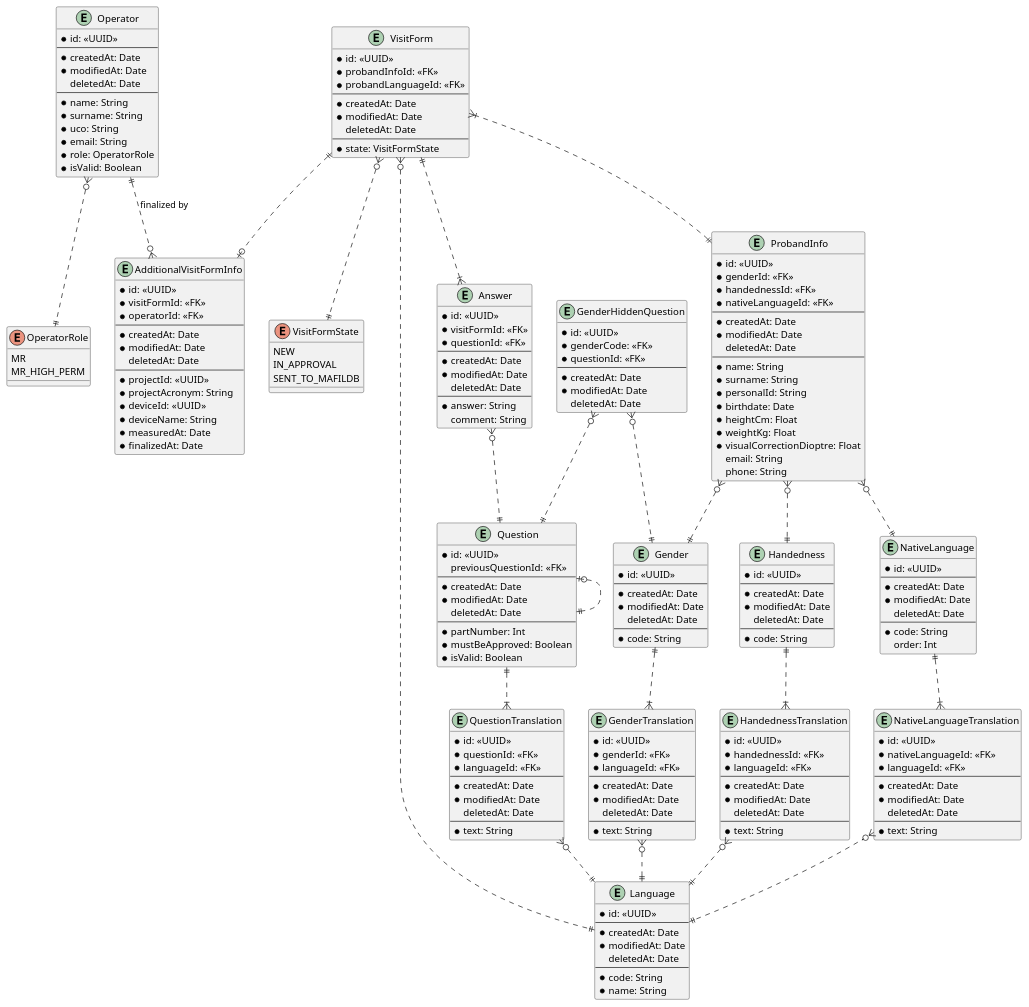
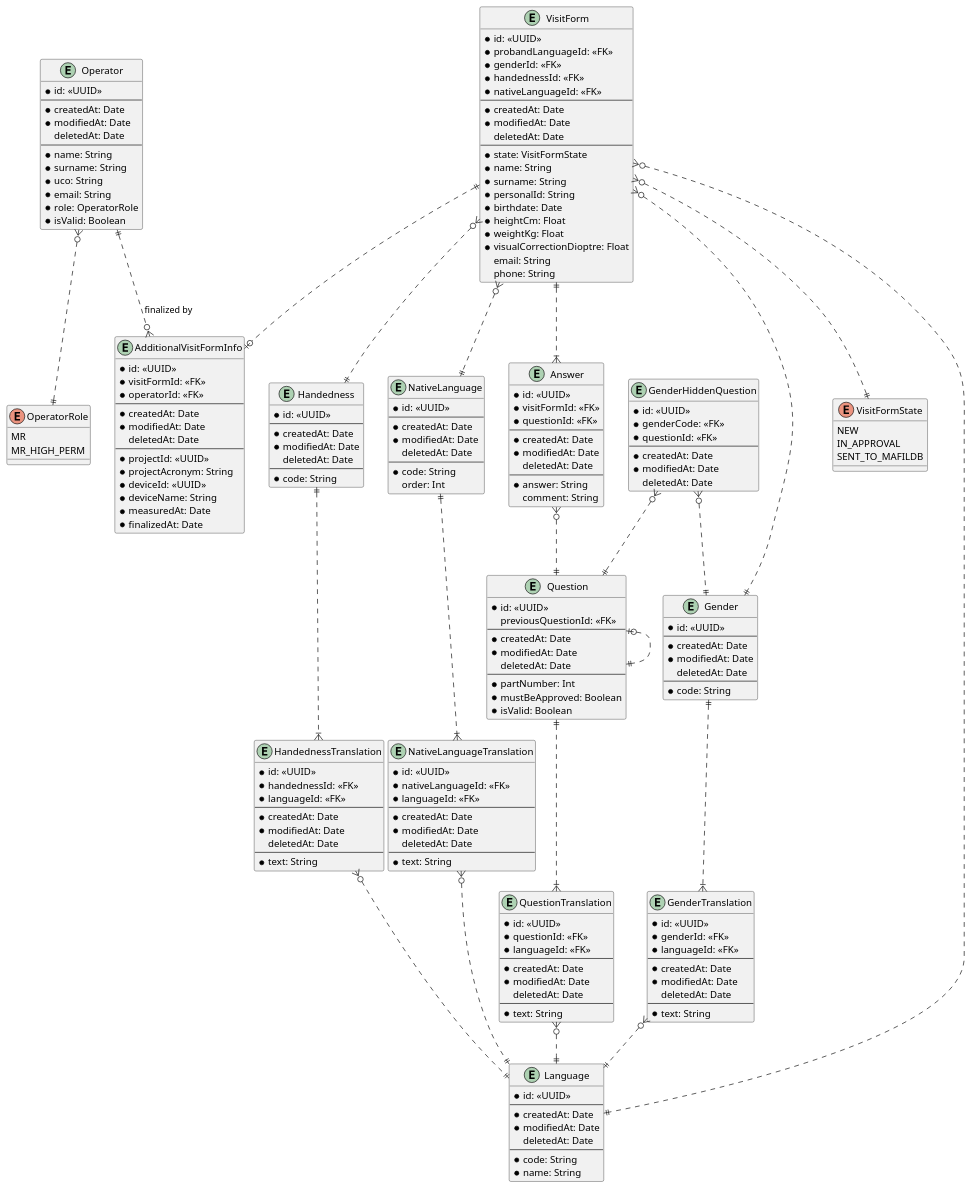
One commit to lukas-kratochvil/mafil-proband-safety-questionnaire changed the diagram in docs/ERD.puml. Above: the diagram before and after it, drawn with PlantUML. The commit also changed 10 other files, not shown here.

Commit message:
feat: merged ProbandInfo entity into the VisitForm

```diff
--- a/docs/ERD.puml
+++ b/docs/ERD.puml
@@ -22,14 +22,25 @@
 
 entity VisitForm {
   * id: <<UUID>>
-  * probandInfoId: <<FK>>
   * probandLanguageId: <<FK>>
+  * genderId: <<FK>>
+  * handednessId: <<FK>>
+  * nativeLanguageId: <<FK>>
   ---
   * createdAt: Date
   * modifiedAt: Date
   deletedAt: Date
   ---
   * state: VisitFormState
+  * name: String
+  * surname: String
+  * personalId: String
+  * birthdate: Date
+  * heightCm: Float
+  * weightKg: Float
+  * visualCorrectionDioptre: Float
+  email: String
+  phone: String
 }
 
 enum VisitFormState {
@@ -53,27 +64,6 @@
   * deviceName: String
   * measuredAt: Date
   * finalizedAt: Date
-}
-
-entity ProbandInfo {
-  * id: <<UUID>>
-  * genderId: <<FK>>
-  * handednessId: <<FK>>
-  * nativeLanguageId: <<FK>>
-  ---
-  * createdAt: Date
-  * modifiedAt: Date
-  deletedAt: Date
-  ---
-  * name: String
-  * surname: String
-  * personalId: String
-  * birthdate: Date
-  * heightCm: Float
-  * weightKg: Float
-  * visualCorrectionDioptre: Float
-  email: String
-  phone: String
 }
 
 entity Answer {
@@ -206,16 +196,15 @@
 Operator ||..o{ AdditionalVisitFormInfo : finalized by
 VisitForm }o..|| VisitFormState
 VisitForm ||..o| AdditionalVisitFormInfo
-VisitForm }|..|| ProbandInfo
 VisitForm ||..|{ Answer
 VisitForm }o..|| Language
+VisitForm }o..|| Gender
+VisitForm }o..|| Handedness
+VisitForm }o..|| NativeLanguage
 Answer }o..|| Question
 Question |o..|| Question
 Question ||..|{ QuestionTranslation
 QuestionTranslation }o..|| Language
-ProbandInfo }o..|| Gender
-ProbandInfo }o..|| Handedness
-ProbandInfo }o..|| NativeLanguage
 GenderHiddenQuestion }o..|| Gender
 GenderHiddenQuestion }o..|| Question
 Gender ||..|{ GenderTranslation
```
